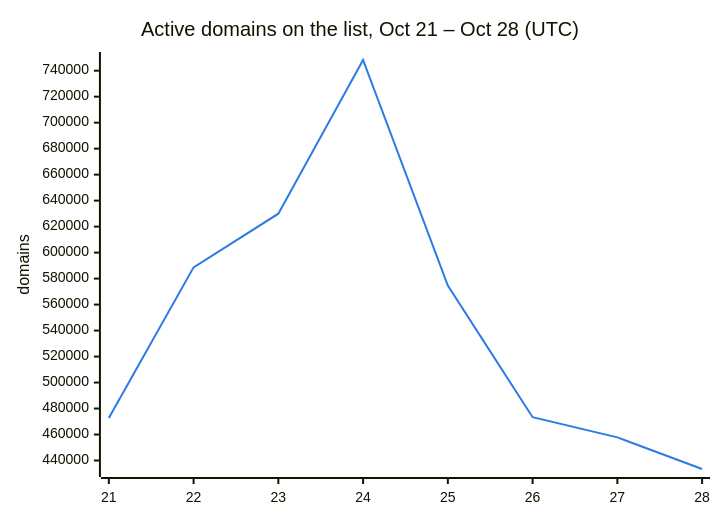
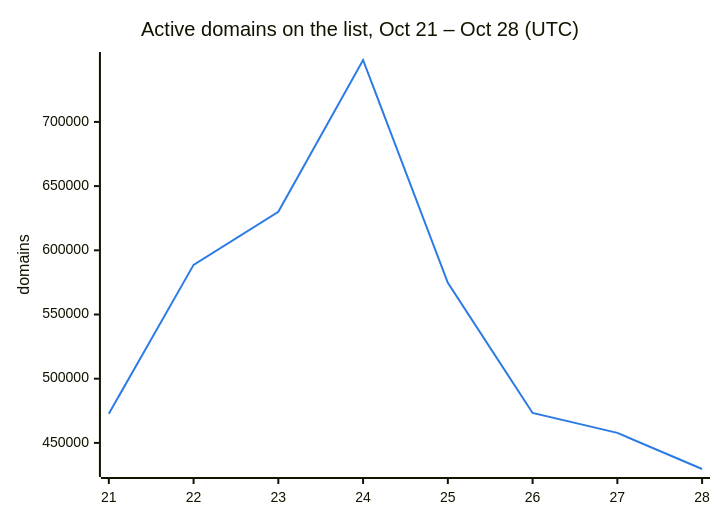
One commit to DNSBunker/CTI changed the second of 3 diagrams in README.md. Above: the diagram before and after it, drawn with Mermaid. The commit also changed other lines of this file and 3 other files, not shown here.

````diff
--- a/README.md
+++ b/README.md
@@ -38,8 +38,8 @@
 ```mermaid
 %%{init: {"themeVariables": {"xyChart": {"plotColorPalette": "#2c7be5"}}}}%%
 xychart-beta
     title "Active domains on the list, Oct 21 – Oct 28 (UTC)"
     x-axis ["21", "22", "23", "24", "25", "26", "27", "28"]
     y-axis "domains"
-    line [472713, 588659, 629951, 748222, 574614, 473331, 457795, 433465]
+    line [472713, 588659, 629951, 748222, 574614, 473331, 457795, 429664]
 ```
````
